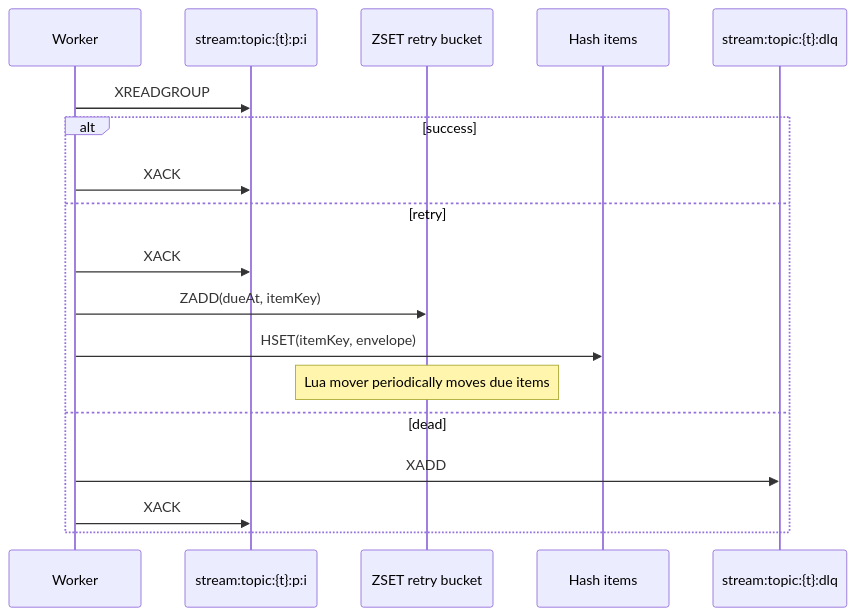
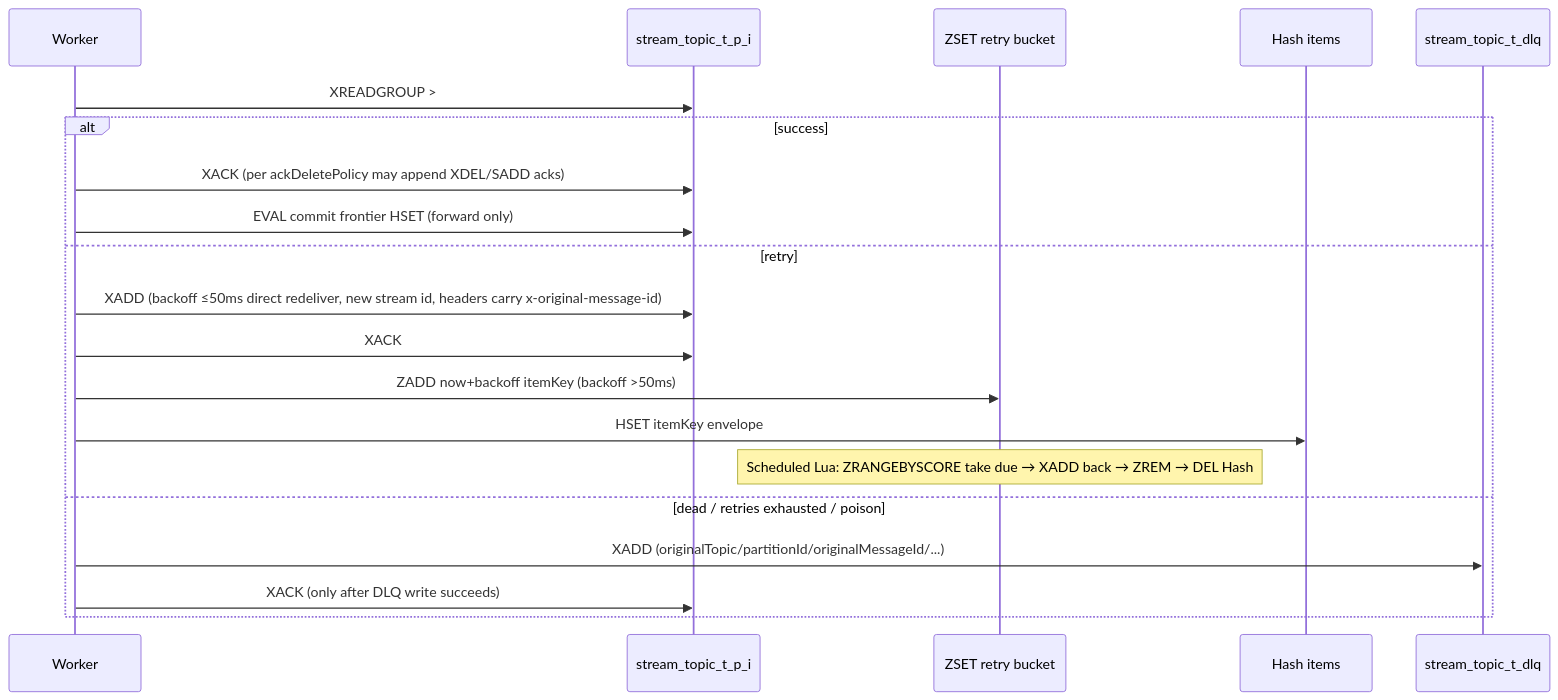
Before and after one commit to cuihairu/redis-streaming: the second of 3 diagrams in docs/en/MQ-Broker-Interaction-en.md, drawn with Mermaid. The commit also changed other lines of this file and 4 other files, not shown here.

````diff
--- a/docs/en/MQ-Broker-Interaction-en.md
+++ b/docs/en/MQ-Broker-Interaction-en.md
@@ -41,20 +67,22 @@
 ```mermaid
 sequenceDiagram
   participant W as Worker
-  participant S as stream:topic:{t}:p:i
+  participant S as stream_topic_t_p_i
   participant RB as ZSET retry bucket
   participant RH as Hash items
-  participant DL as stream:topic:{t}:dlq
-  W->>S: XREADGROUP
+  participant DL as stream_topic_t_dlq
+  W->>S: XREADGROUP >
   alt success
+    W->>S: XACK (per ackDeletePolicy may append XDEL/SADD acks)
+    W->>S: EVAL commit frontier HSET (forward only)
+  else retry
+    W->>S: XADD (backoff ≤50ms direct redeliver, new stream id, headers carry x-original-message-id)
     W->>S: XACK
-  else retry
-    W->>S: XACK
-    W->>RB: ZADD(dueAt, itemKey)
-    W->>RH: HSET(itemKey, envelope)
-    Note over RB: Lua mover periodically moves due items
-  else dead
-    W->>DL: XADD
-    W->>S: XACK
+    W->>RB: ZADD now+backoff itemKey (backoff >50ms)
+    W->>RH: HSET itemKey envelope
+    Note over RB: Scheduled Lua: ZRANGEBYSCORE take due → XADD back → ZREM → DEL Hash
+  else dead / retries exhausted / poison
+    W->>DL: XADD (originalTopic/partitionId/originalMessageId/...)
+    W->>S: XACK (only after DLQ write succeeds)
   end
 ```
````
